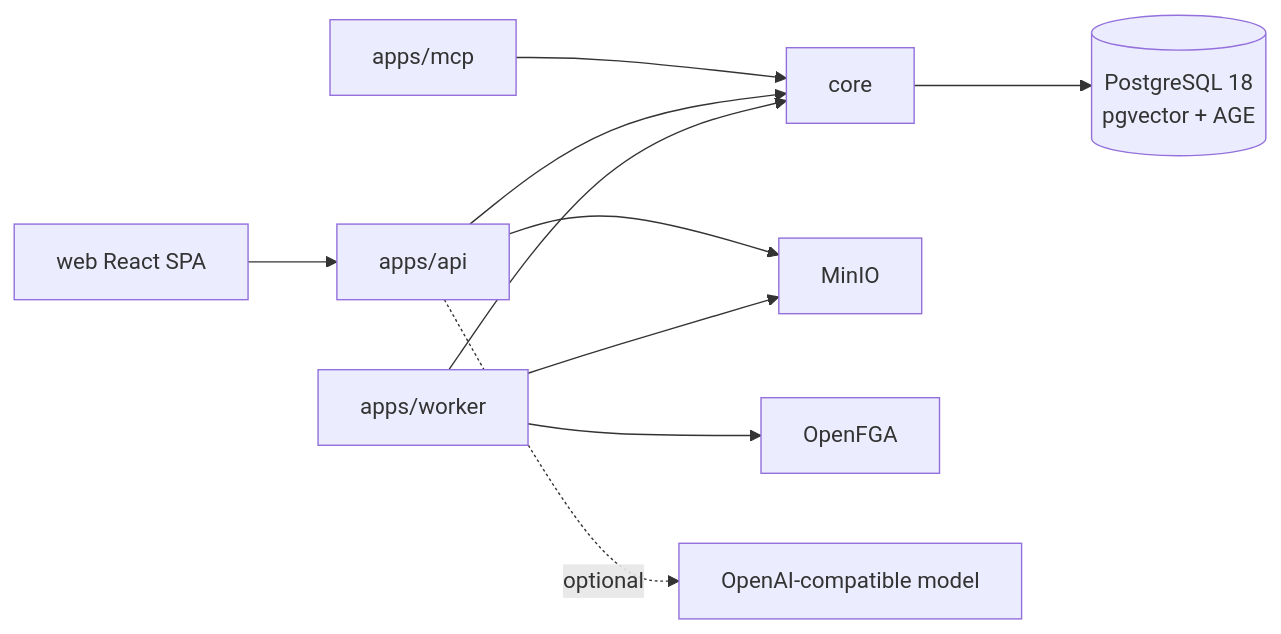
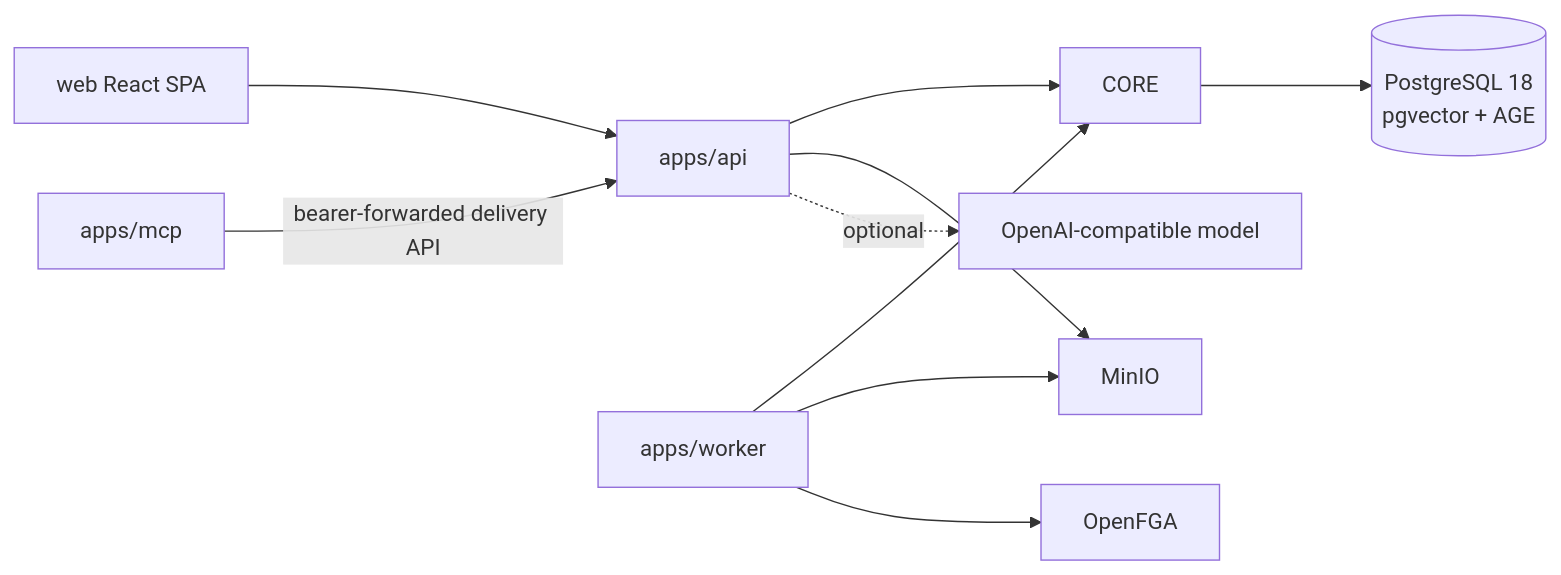
The diagram in ARCHITECTURE.md (kl3inIT/OrgMemory), drawn with Mermaid before and after one commit. The commit also changed other lines of this file and 26 other files, not shown here.

````diff
--- a/ARCHITECTURE.md
+++ b/ARCHITECTURE.md
@@ -9,12 +9,12 @@
 ```mermaid
 flowchart LR
     WEB[web React SPA] --> API[apps/api]
-    MCP[apps/mcp] --> CORE[core]
+    MCP[apps/mcp] -->|bearer-forwarded delivery API| API
     API --> CORE
     WORKER[apps/worker] --> CORE
     CORE --> PG[(PostgreSQL 18<br/>pgvector + AGE)]
     API --> BLOB[MinIO]
     WORKER --> BLOB
     WORKER --> FGA[OpenFGA]
     API -. optional .-> LLM[OpenAI-compatible model]
 ```
````
